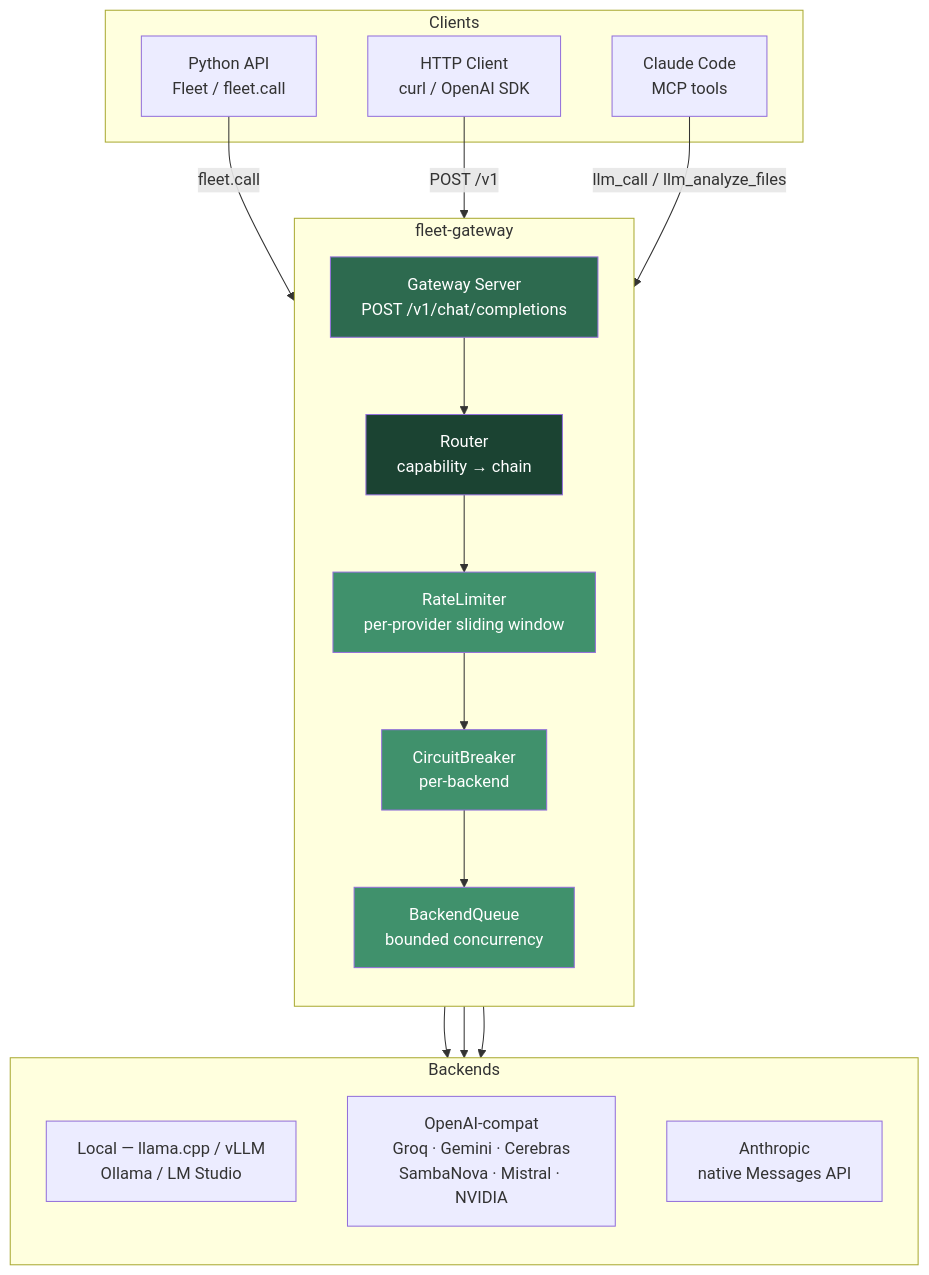
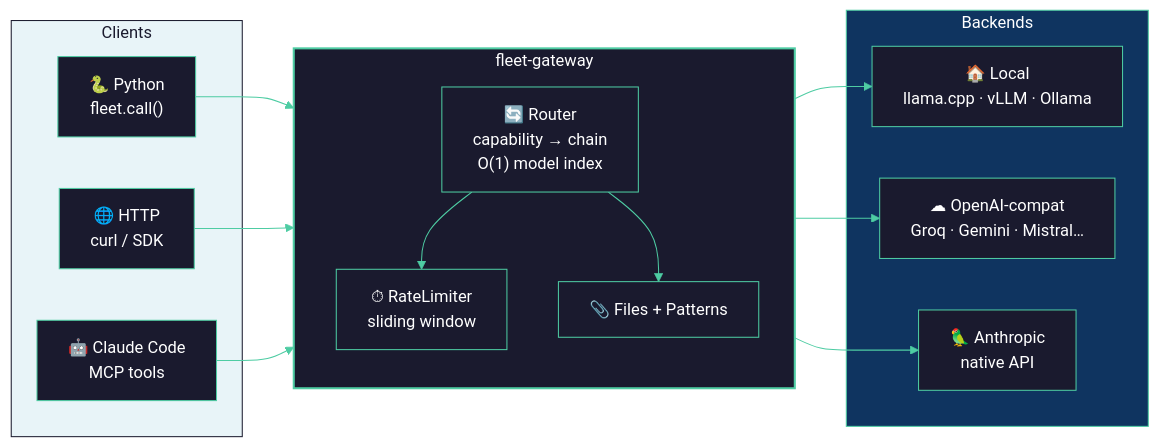
One commit to cs-cdf/fleet-gateway changed the diagram in README.md. Above: the diagram before and after it, drawn with Mermaid. The commit also changed other lines of this file and 7 other files, not shown here.

First line of the commit message:
docs: architecture folder with styled diagrams, updated README structure

````diff
--- a/README.md
+++ b/README.md
@@ -74,42 +72,35 @@
 ```mermaid
-graph TB
-    subgraph Clients
-        A[Python API<br/>Fleet / fleet.call]
-        B[HTTP Client<br/>curl / OpenAI SDK]
-        C[Claude Code<br/>MCP tools]
+%%{init: {'theme': 'base', 'themeVariables': {
+  'primaryColor': '#1a1a2e', 'primaryTextColor': '#fff',
+  'primaryBorderColor': '#4ecca3', 'lineColor': '#4ecca3',
+  'fontFamily': 'Inter, sans-serif'
+}}}%%
+graph LR
+    subgraph Clients["Clients"]
+        PY["🐍 Python<br/>fleet.call()"]
+        HTTP["🌐 HTTP<br/>curl / SDK"]
+        MCP["🤖 Claude Code<br/>MCP tools"]
     end
 
-    subgraph fleet-gateway
+    subgraph GW["fleet-gateway"]
         direction TB
-        GW[Gateway Server<br/>POST /v1/chat/completions]
-        R[Router<br/>capability → chain]
-        RL[RateLimiter<br/>per-provider sliding window]
-        CB[CircuitBreaker<br/>per-backend]
-        Q[BackendQueue<br/>bounded concurrency]
+        R["🔄 Router<br/>capability → chain<br/>O(1) model index"]
+        RL["⏱ RateLimiter<br/>sliding window"]
+        FILES["📎 Files + Patterns"]
     end
 
-    subgraph Backends
-        direction TB
-        L1[Local — llama.cpp / vLLM<br/>Ollama / LM Studio]
-        C1[OpenAI-compat<br/>Groq · Gemini · Cerebras<br/>SambaNova · Mistral · NVIDIA]
-        C2[Anthropic<br/>native Messages API]
+    subgraph Backends["Backends"]
+        L["🏠 Local<br/>llama.cpp · vLLM · Ollama"]
+        C["☁ OpenAI-compat<br/>Groq · Gemini · Mistral…"]
+        A["🦜 Anthropic<br/>native API"]
     end
 
-    A -->|fleet.call| GW
-    B -->|POST /v1| GW
-    C -->|llm_call / llm_analyze_files| GW
+    PY & HTTP & MCP --> R
+    R --> RL
+    RL --> L & C & A
+    R --> FILES
 
-    GW --> R
-    R --> RL
-    RL --> CB
-    CB --> Q
-    Q --> L1
-    Q --> C1
-    Q --> C2
-
-    style GW fill:#2d6a4f,color:#fff
-    style R  fill:#1b4332,color:#fff
-    style RL fill:#40916c,color:#fff
-    style CB fill:#40916c,color:#fff
-    style Q  fill:#40916c,color:#fff
+    style GW fill:#1a1a2e,stroke:#4ecca3,stroke-width:2px,color:#fff
+    style Backends fill:#0f3460,stroke:#4ecca3,color:#fff
+    style Clients fill:#e8f4f8,stroke:#1a1a2e,color:#1a1a2e
 ```
````
